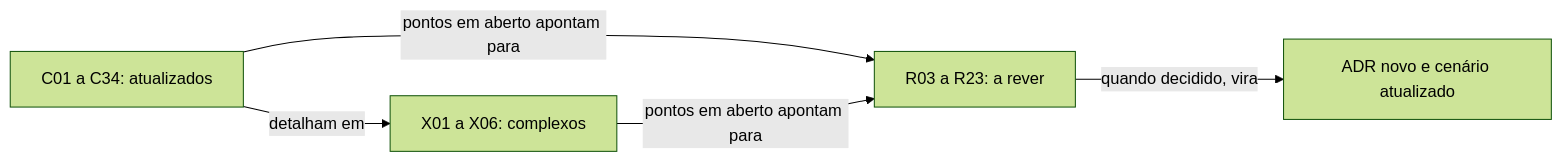
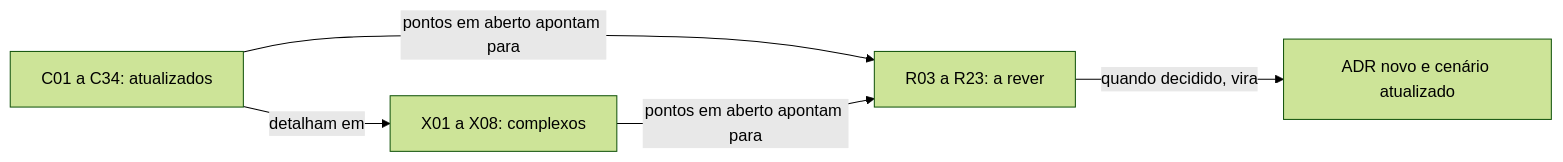
Before and after one commit to brbarmex/k: the diagram in doc/02_cenarios/INDEX.md, drawn with Mermaid (forest theme). The commit also changed other lines of this file and 71 other files, not shown here.

````diff
--- a/doc/02_cenarios/INDEX.md
+++ b/doc/02_cenarios/INDEX.md
@@ -82,7 +84,7 @@
 ```mermaid
 flowchart LR
-    C["C01 a C34: atualizados"] -->|"detalham em"| X["X01 a X06: complexos"]
+    C["C01 a C34: atualizados"] -->|"detalham em"| X["X01 a X08: complexos"]
     C -->|"pontos em aberto apontam para"| R["R03 a R23: a rever"]
     X -->|"pontos em aberto apontam para"| R
     R -->|"quando decidido, vira"| A["ADR novo e cenário atualizado"]
 ```
````
